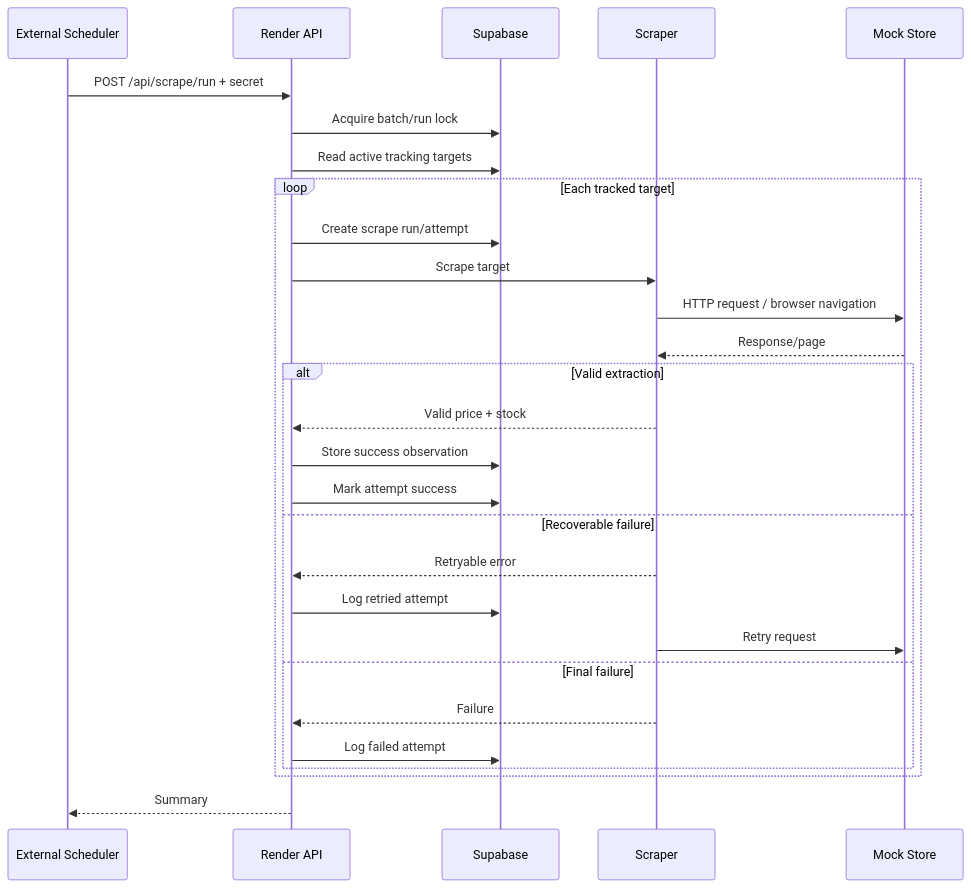
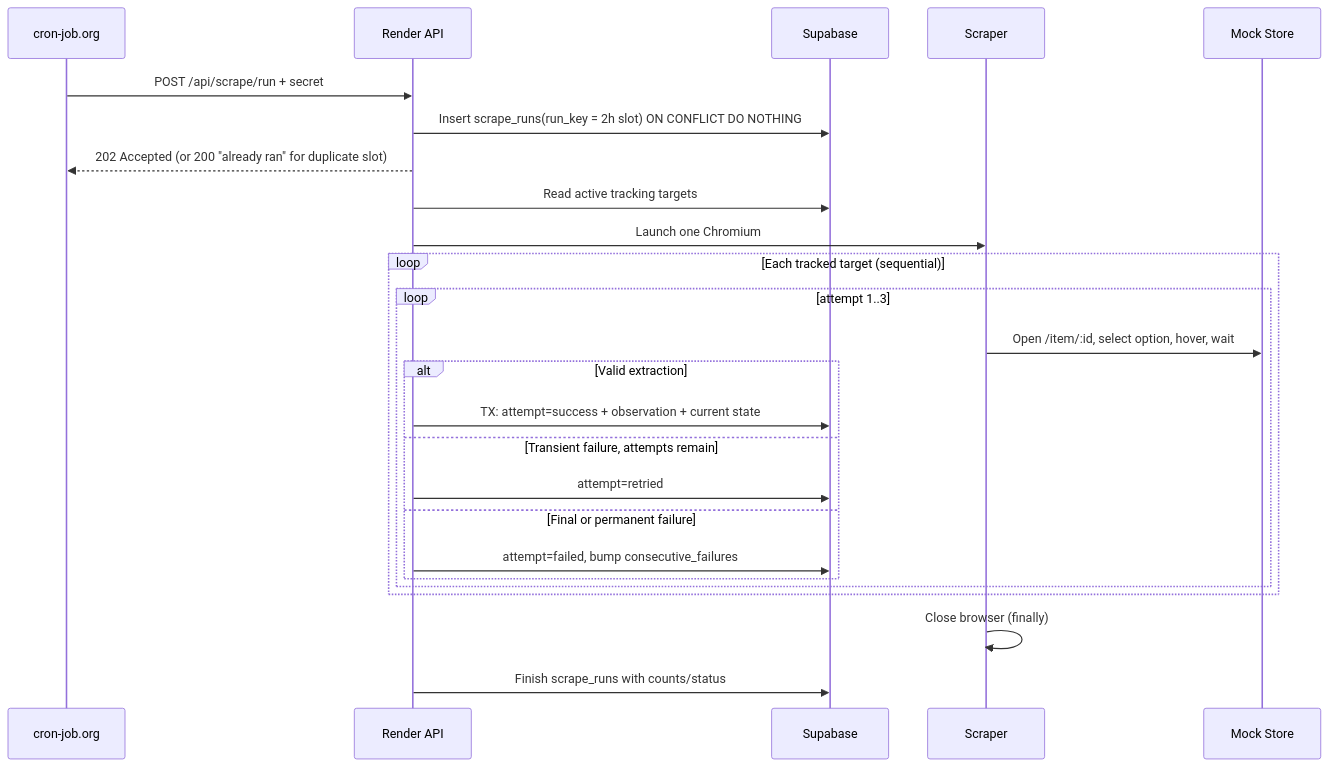
Before and after one commit to bipul724/price-tracker: the fourth of 4 diagrams in docs/architecture.md, drawn with Mermaid. The commit also changed other lines of this file and 8 other files, not shown here.

````diff
--- a/docs/architecture.md
+++ b/docs/architecture.md
@@ -81,31 +100,28 @@
 ```mermaid
 sequenceDiagram
-    participant Cron as External Scheduler
+    participant Cron as cron-job.org
     participant API as Render API
     participant DB as Supabase
     participant Scraper
     participant Store as Mock Store
 
     Cron->>API: POST /api/scrape/run + secret
-    API->>DB: Acquire batch/run lock
+    API->>DB: Insert scrape_runs(run_key = 2h slot) ON CONFLICT DO NOTHING
+    API-->>Cron: 202 Accepted (or 200 "already ran" for duplicate slot)
     API->>DB: Read active tracking targets
-    loop Each tracked target
-        API->>DB: Create scrape run/attempt
-        API->>Scraper: Scrape target
-        Scraper->>Store: HTTP request / browser navigation
-        Store-->>Scraper: Response/page
-        alt Valid extraction
-            Scraper-->>API: Valid price + stock
-            API->>DB: Store success observation
-            API->>DB: Mark attempt success
-        else Recoverable failure
-            Scraper-->>API: Retryable error
-            API->>DB: Log retried attempt
-            Scraper->>Store: Retry request
-        else Final failure
-            Scraper-->>API: Failure
-            API->>DB: Log failed attempt
+    API->>Scraper: Launch one Chromium
+    loop Each tracked target (sequential)
+        loop attempt 1..3
+            Scraper->>Store: Open /item/:id, select option, hover, wait
+            alt Valid extraction
+                API->>DB: TX: attempt=success + observation + current state
+            else Transient failure, attempts remain
+                API->>DB: attempt=retried
+            else Final or permanent failure
+                API->>DB: attempt=failed, bump consecutive_failures
+            end
         end
     end
-    API-->>Cron: Summary
+    Scraper->>Scraper: Close browser (finally)
+    API->>DB: Finish scrape_runs with counts/status
 ```
````
